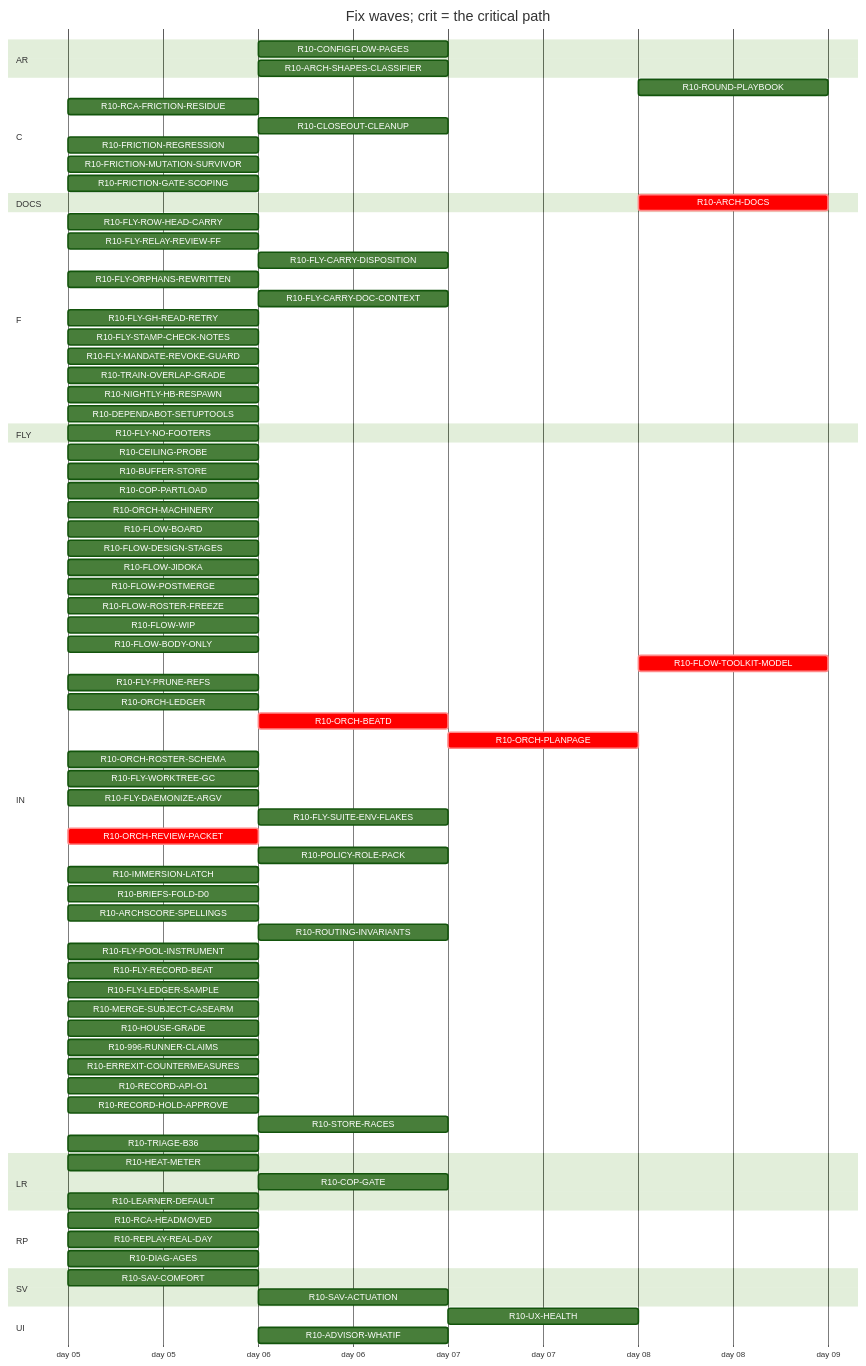
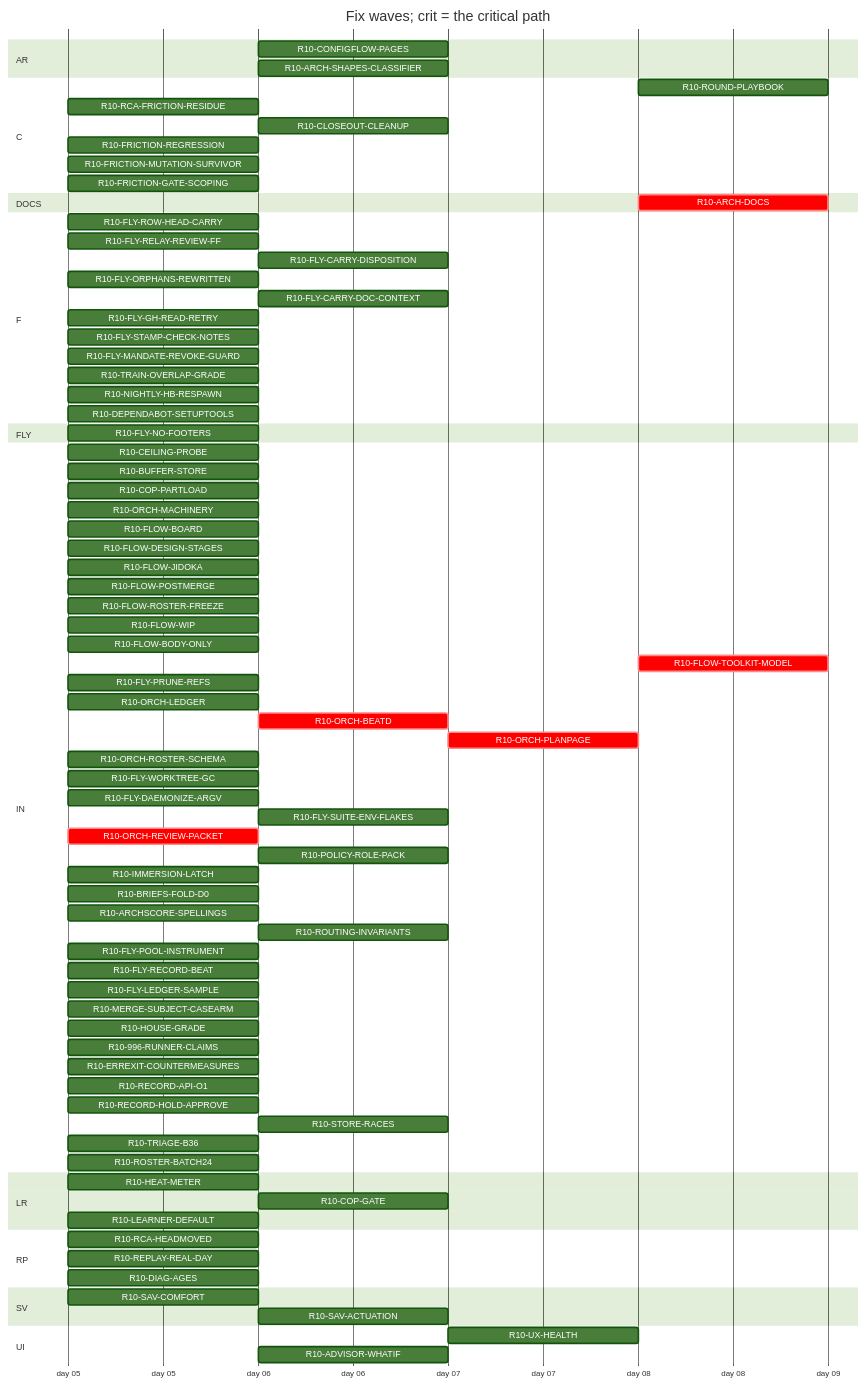
One commit to tvofi/heatpump_optimizer changed the diagram in handoff/round10/state/PLAN-TABLE.md. Above: the diagram before and after it, drawn with Mermaid (forest theme). The commit also changed other lines of this file and 2 other files, not shown here.

```diff
--- a/handoff/round10/state/PLAN-TABLE.md
+++ b/handoff/round10/state/PLAN-TABLE.md
@@ -89,6 +89,7 @@
     R10-RECORD-HOLD-APPROVE :r10RECORDHOLDAPPROVE, 2026-01-05, 1d
     R10-STORE-RACES :r10STORERACES, after r10BUFFERSTORE, 1d
     R10-TRIAGE-B36 :r10TRIAGEB36, 2026-01-05, 1d
+    R10-ROSTER-BATCH24 :r10ROSTERBATCH24, 2026-01-05, 1d
   section LR
     R10-HEAT-METER :r10HEATMETER, 2026-01-05, 1d
     R10-COP-GATE :r10COPGATE, after r10HEATMETER, 1d
```
